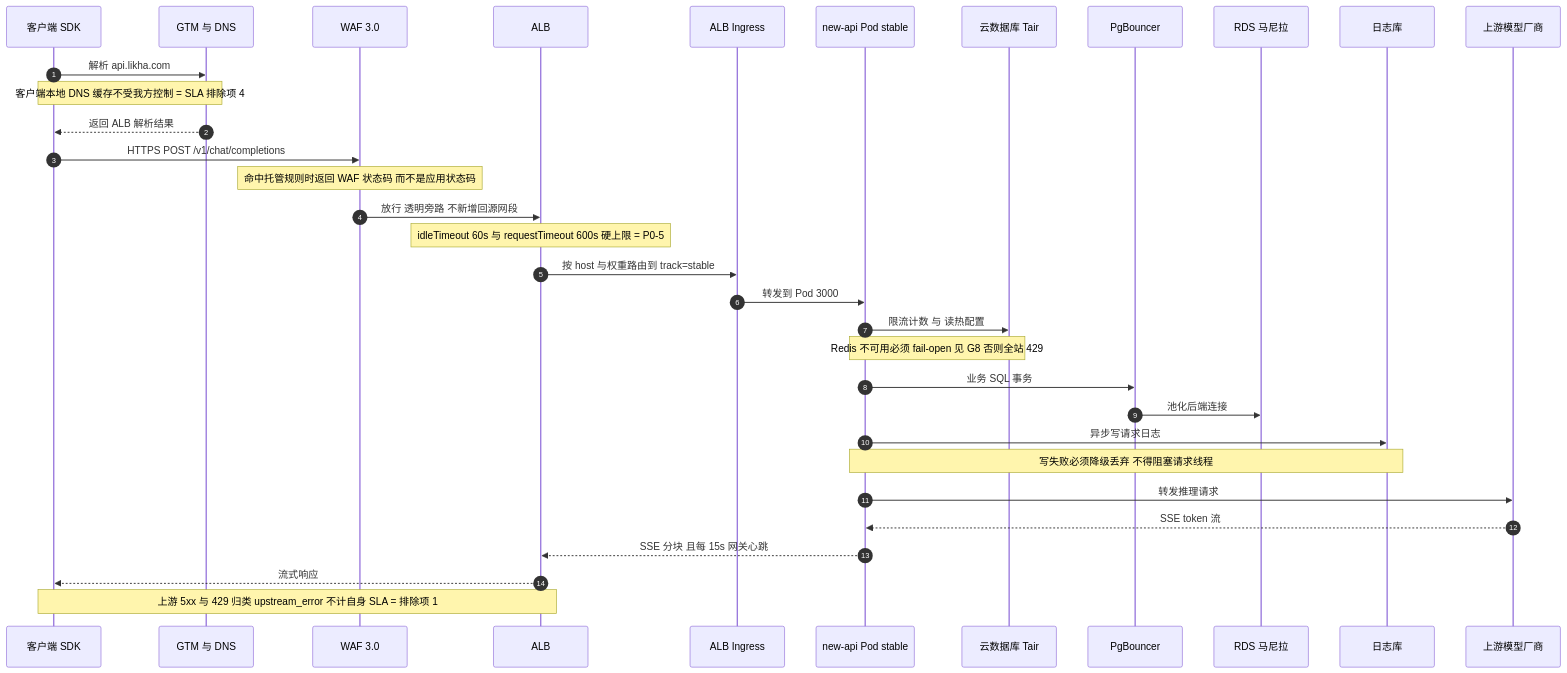
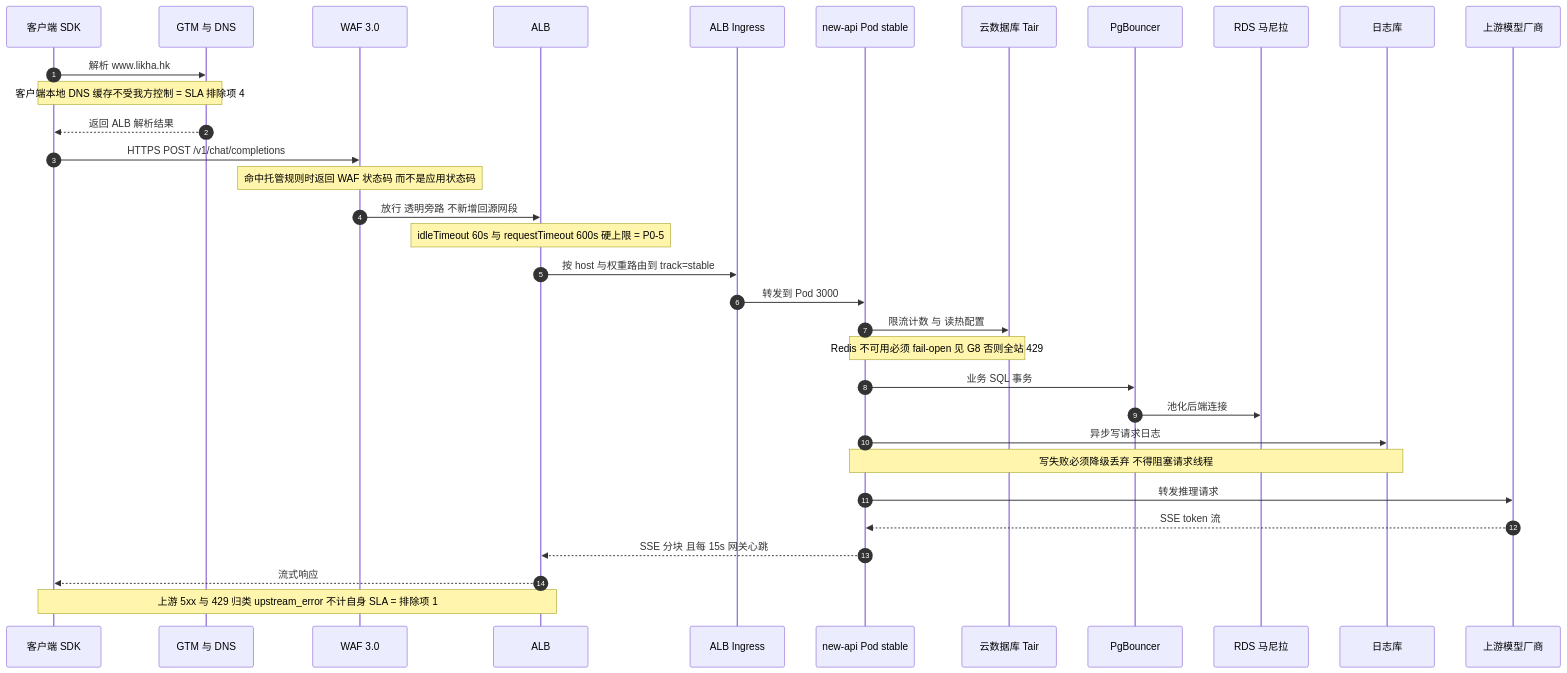
The third of 3 diagrams in .ch-parts/part2.md (yanxuewei/new-api-yxw), drawn with Mermaid before and after one commit. The commit also changed other lines of this file and 95 other files, not shown here.

Commit message:
docs(deploy): 全站域名口径由 likha.com 统一替换为 likha.hk

````diff
--- a/.ch-parts/part2.md
+++ b/.ch-parts/part2.md
@@ -156,36 +156,36 @@
 ```mermaid
 sequenceDiagram
   autonumber
   participant C as 客户端 SDK
   participant G as GTM 与 DNS
   participant W as WAF 3.0
   participant A as ALB
   participant I as ALB Ingress
   participant P as new-api Pod stable
   participant R as 云数据库 Tair
   participant D as PgBouncer
   participant PGM as RDS 马尼拉
   participant CK as 日志库
   participant UP as 上游模型厂商
 
-  C->>G: 解析 api.likha.com
+  C->>G: 解析 www.likha.hk
   Note over C,G: 客户端本地 DNS 缓存不受我方控制 = SLA 排除项 4
   G-->>C: 返回 ALB 解析结果
   C->>W: HTTPS POST /v1/chat/completions
   Note over W: 命中托管规则时返回 WAF 状态码 而不是应用状态码
   W->>A: 放行 透明旁路 不新增回源网段
   Note over A: idleTimeout 60s 与 requestTimeout 600s 硬上限 = P0-5
   A->>I: 按 host 与权重路由到 track=stable
   I->>P: 转发到 Pod 3000
   P->>R: 限流计数 与 读热配置
   Note over P,R: Redis 不可用必须 fail-open 见 G8 否则全站 429
   P->>D: 业务 SQL 事务
   D->>PGM: 池化后端连接
   P->>CK: 异步写请求日志
   Note over P,CK: 写失败必须降级丢弃 不得阻塞请求线程
   P->>UP: 转发推理请求
   UP-->>P: SSE token 流
   P-->>A: SSE 分块 且每 15s 网关心跳
   A-->>C: 流式响应
   Note over A,C: 上游 5xx 与 429 归类 upstream_error 不计自身 SLA = 排除项 1
 ```
````
